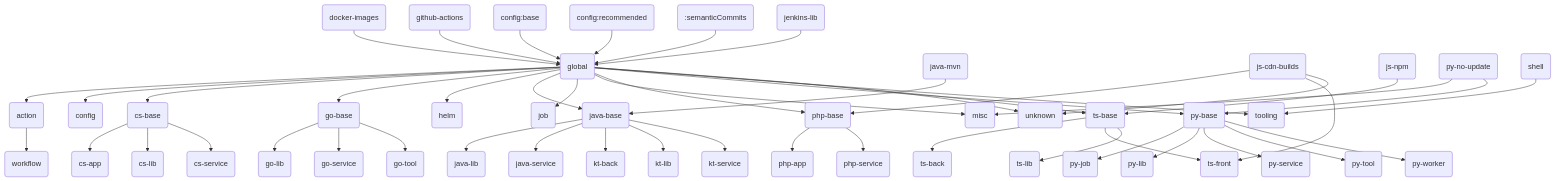
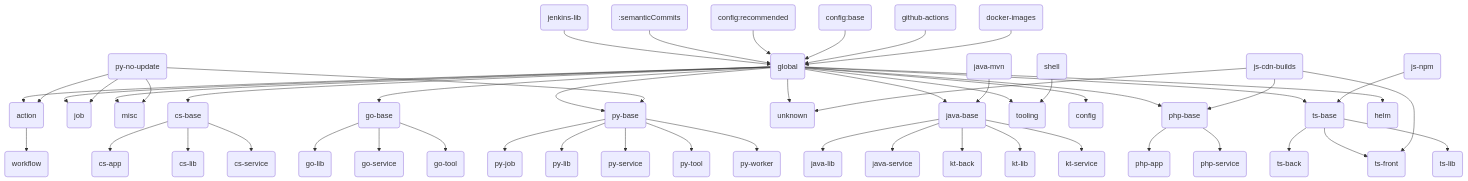
The diagram in README.md (stonal-tech/renovate-config), drawn with Mermaid before and after one commit.

Commit message:
Commit from GitHub Actions (Convert Drawio to PNG)

````diff
--- a/README.md
+++ b/README.md
@@ -4,52 +4,54 @@
 ```mermaid
 graph TD;
+py-no-update("py-no-update") --> action("action")
+py-no-update("py-no-update") --> job("job")
+py-no-update("py-no-update") --> misc("misc")
+py-no-update("py-no-update") --> py-base("py-base")
 docker-images("docker-images") --> global("global")
 github-actions("github-actions") --> global("global")
 config:base("config:base") --> global("global")
 config:recommended("config:recommended") --> global("global")
 :semanticCommits(":semanticCommits") --> global("global")
 jenkins-lib("jenkins-lib") --> global("global")
 java-mvn("java-mvn") --> java-base("java-base")
 js-cdn-builds("js-cdn-builds") --> php-base("php-base")
 js-cdn-builds("js-cdn-builds") --> ts-front("ts-front")
 js-cdn-builds("js-cdn-builds") --> unknown("unknown")
 js-npm("js-npm") --> ts-base("ts-base")
-py-no-update("py-no-update") --> misc("misc")
-py-no-update("py-no-update") --> py-base("py-base")
 shell("shell") --> tooling("tooling")
 global("global") --> action("action")
 global("global") --> config("config")
 global("global") --> cs-base("cs-base")
 global("global") --> go-base("go-base")
 global("global") --> helm("helm")
 global("global") --> java-base("java-base")
 global("global") --> job("job")
 global("global") --> misc("misc")
 global("global") --> php-base("php-base")
 global("global") --> py-base("py-base")
 global("global") --> tooling("tooling")
 global("global") --> ts-base("ts-base")
 global("global") --> unknown("unknown")
 action("action") --> workflow("workflow")
 cs-base("cs-base") --> cs-app("cs-app")
 cs-base("cs-base") --> cs-lib("cs-lib")
 cs-base("cs-base") --> cs-service("cs-service")
 go-base("go-base") --> go-lib("go-lib")
 go-base("go-base") --> go-service("go-service")
 go-base("go-base") --> go-tool("go-tool")
 java-base("java-base") --> java-lib("java-lib")
 java-base("java-base") --> java-service("java-service")
 java-base("java-base") --> kt-back("kt-back")
 java-base("java-base") --> kt-lib("kt-lib")
 java-base("java-base") --> kt-service("kt-service")
 php-base("php-base") --> php-app("php-app")
 php-base("php-base") --> php-service("php-service")
 py-base("py-base") --> py-job("py-job")
 py-base("py-base") --> py-lib("py-lib")
 py-base("py-base") --> py-service("py-service")
 py-base("py-base") --> py-tool("py-tool")
 py-base("py-base") --> py-worker("py-worker")
 ts-base("ts-base") --> ts-back("ts-back")
 ts-base("ts-base") --> ts-front("ts-front")
 ts-base("ts-base") --> ts-lib("ts-lib")
 ```
````
